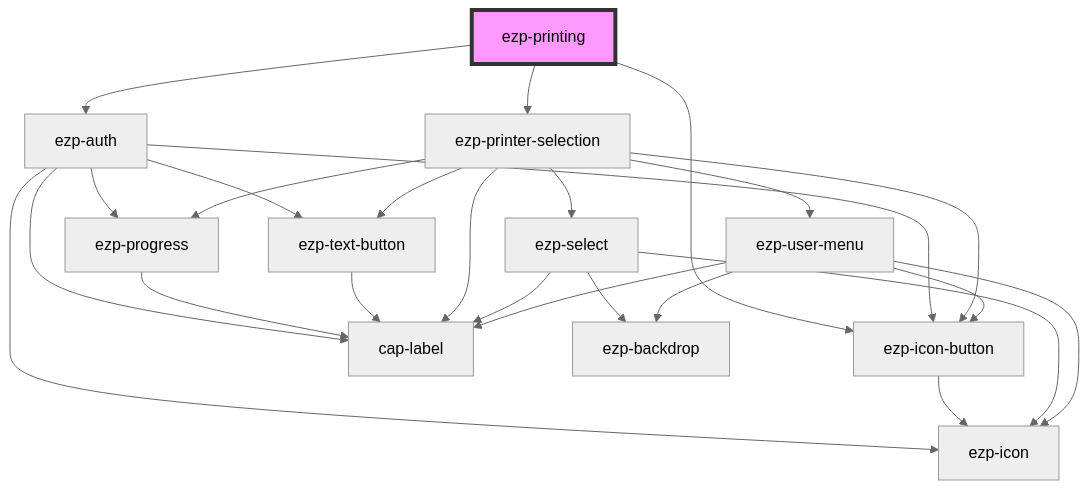
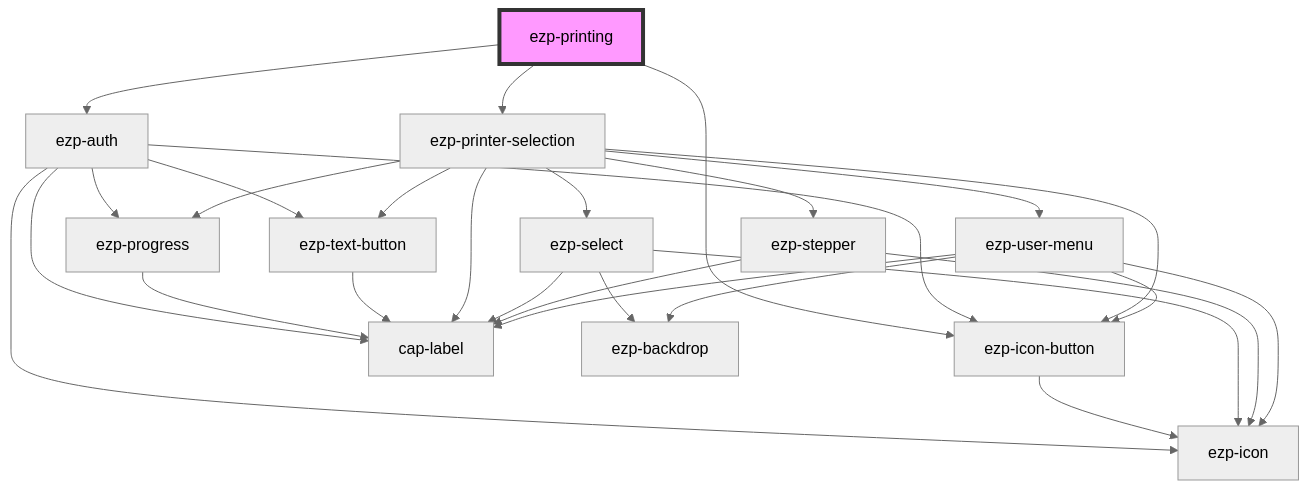
One commit to ezeep/ezeep-js changed the diagram in src/components/ezp-printing/readme.md. Above: the diagram before and after it, drawn with Mermaid (neutral theme). The commit also changed 13 other files, not shown here.

````diff
--- a/src/components/ezp-printing/readme.md
+++ b/src/components/ezp-printing/readme.md
@@ -39,28 +39,31 @@
 ```mermaid
 graph TD;
   ezp-printing --> ezp-auth
   ezp-printing --> ezp-printer-selection
   ezp-printing --> ezp-icon-button
   ezp-auth --> ezp-progress
   ezp-auth --> ezp-icon-button
   ezp-auth --> ezp-icon
   ezp-auth --> cap-label
   ezp-auth --> ezp-text-button
   ezp-progress --> cap-label
   ezp-icon-button --> ezp-icon
   ezp-text-button --> cap-label
   ezp-printer-selection --> ezp-progress
   ezp-printer-selection --> cap-label
   ezp-printer-selection --> ezp-icon-button
   ezp-printer-selection --> ezp-select
+  ezp-printer-selection --> ezp-stepper
   ezp-printer-selection --> ezp-text-button
   ezp-printer-selection --> ezp-user-menu
   ezp-select --> ezp-backdrop
   ezp-select --> ezp-icon
   ezp-select --> cap-label
+  ezp-stepper --> cap-label
+  ezp-stepper --> ezp-icon
   ezp-user-menu --> ezp-backdrop
   ezp-user-menu --> cap-label
   ezp-user-menu --> ezp-icon-button
   ezp-user-menu --> ezp-icon
   style ezp-printing fill:#f9f,stroke:#333,stroke-width:4px
 ```
````
